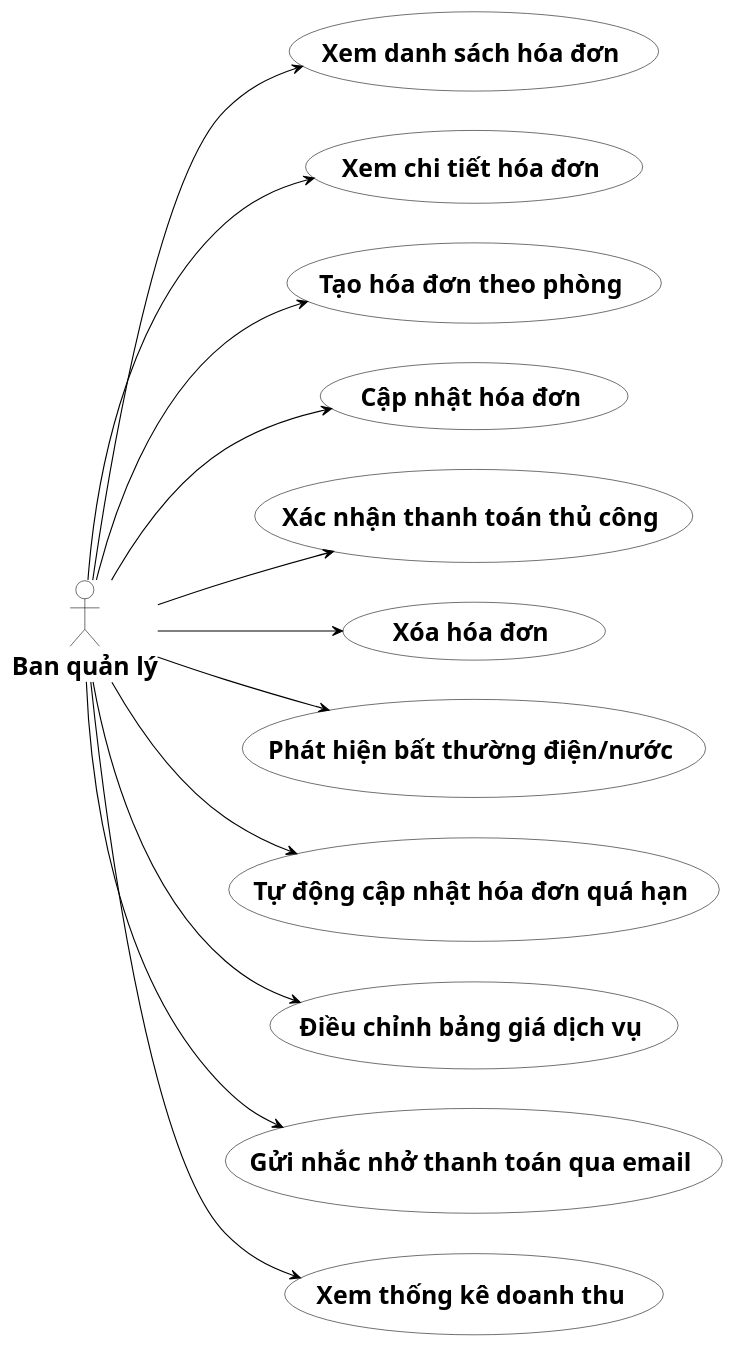
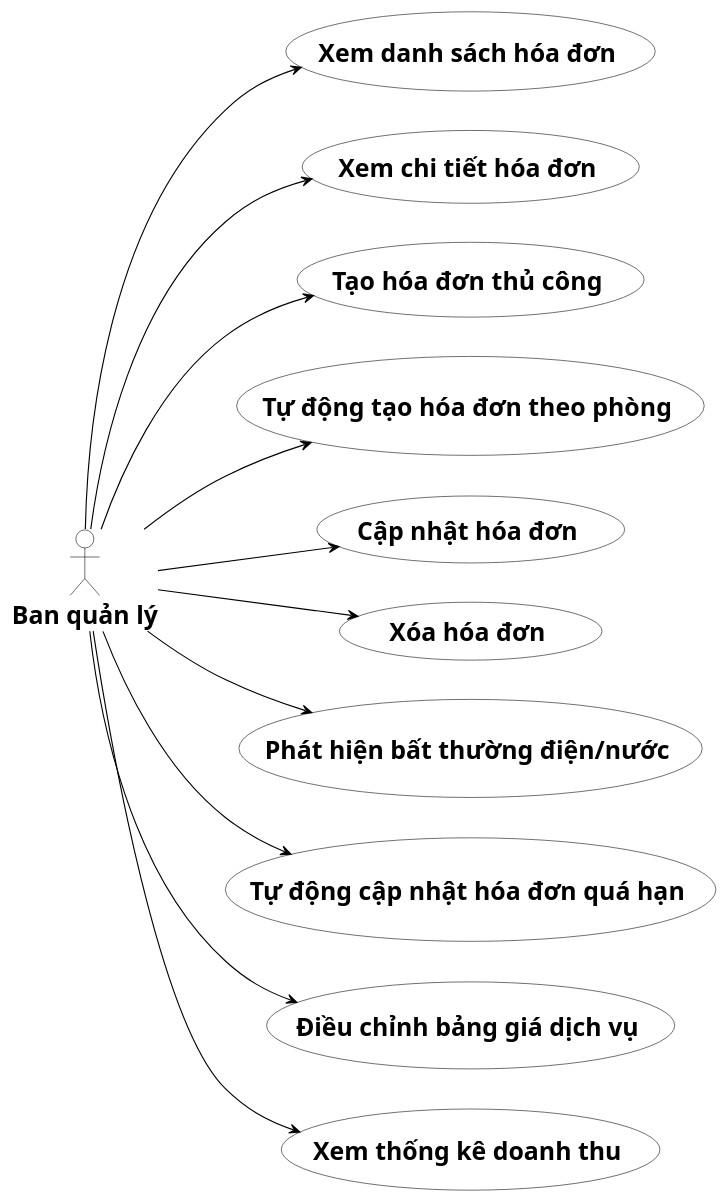
The diagram in diagrams/usecase_phanra/uc_hoadon.puml (s0nbuildtech287/dormitory-frontend), drawn with PlantUML before and after one commit. The commit also changed 28 other files, not shown here.

```diff
--- a/diagrams/usecase_phanra/uc_hoadon.puml
+++ b/diagrams/usecase_phanra/uc_hoadon.puml
@@ -1,42 +1,40 @@
 @startuml "UC Phân rã - Quản lý hóa đơn"
 skinparam defaultFontSize 22
 skinparam defaultFontName "Times New Roman"
 left to right direction
 skinparam usecase {
   BackgroundColor White
   BorderColor Black
 }
 skinparam actor {
   BackgroundColor White
   BorderColor Black
 }
 skinparam ArrowColor Black
 skinparam ArrowThickness 1
 skinparam shadowing false
 
 actor "<b>Ban quản lý</b>" as Admin
 
 usecase "<b>Xem danh sách hóa đơn</b>" as UC1
 usecase "<b>Xem chi tiết hóa đơn</b>" as UC2
-usecase "<b>Tạo hóa đơn theo phòng</b>" as UC3
-usecase "<b>Cập nhật hóa đơn</b>" as UC4
-usecase "<b>Xác nhận thanh toán thủ công</b>" as UC5
+usecase "<b>Tạo hóa đơn thủ công</b>" as UC3
+usecase "<b>Tự động tạo hóa đơn theo phòng</b>" as UC4
+usecase "<b>Cập nhật hóa đơn</b>" as UC5
 usecase "<b>Xóa hóa đơn</b>" as UC6
 usecase "<b>Phát hiện bất thường điện/nước</b>" as UC7
 usecase "<b>Tự động cập nhật hóa đơn quá hạn</b>" as UC8
 usecase "<b>Điều chỉnh bảng giá dịch vụ</b>" as UC9
-usecase "<b>Gửi nhắc nhở thanh toán qua email</b>" as UC10
-usecase "<b>Xem thống kê doanh thu</b>" as UC11
+usecase "<b>Xem thống kê doanh thu</b>" as UC10
 
 Admin --> UC1
 Admin --> UC2
 Admin --> UC3
 Admin --> UC4
 Admin --> UC5
 Admin --> UC6
 Admin --> UC7
 Admin --> UC8
 Admin --> UC9
 Admin --> UC10
-Admin --> UC11
 @enduml
```
